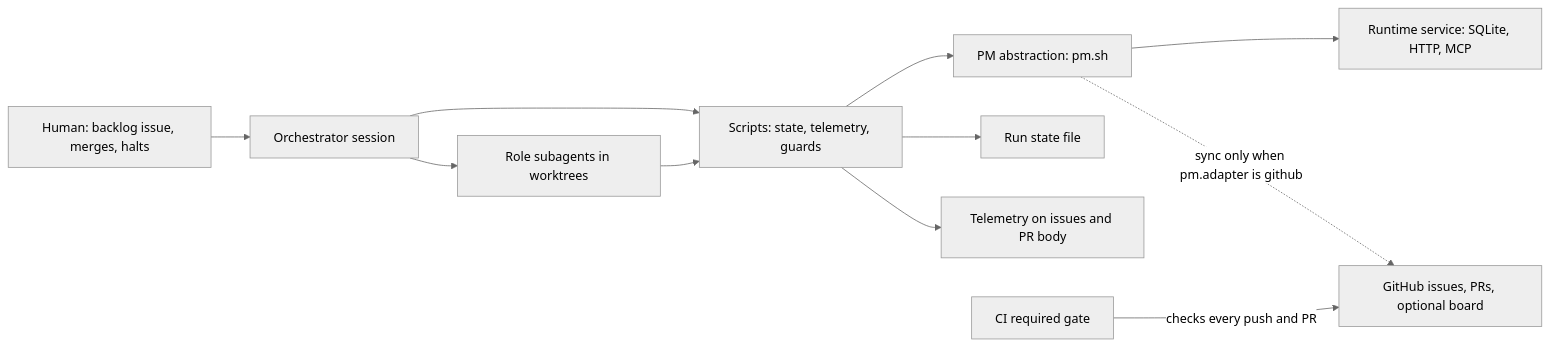
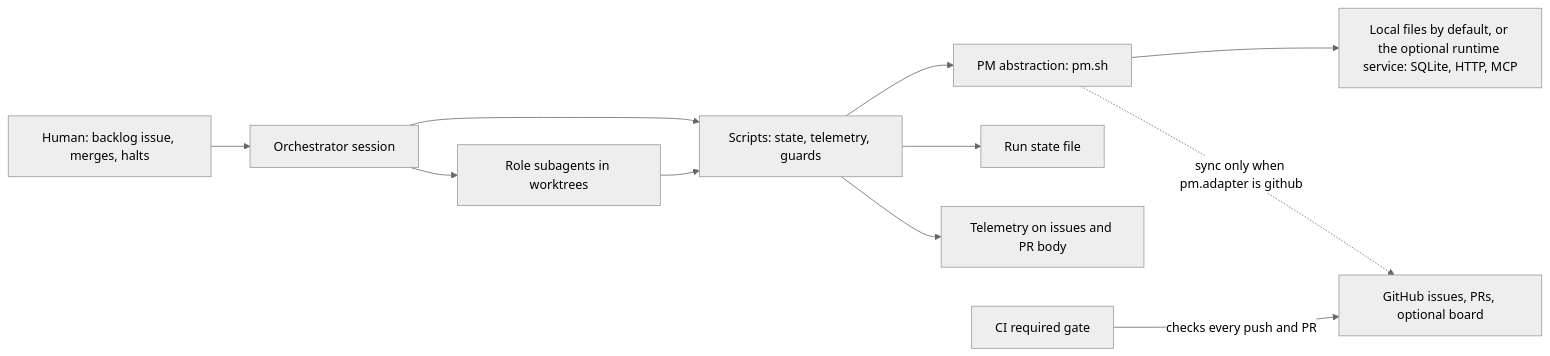
Before and after one commit to carlosboeing/agentic-sdlc-workflow: the diagram in docs/architecture.md, drawn with Mermaid (neutral theme).

Commit message:
docs(architecture): show local files as the default work-item store
The system diagram drew the runtime service as the PM abstraction's only
store, which stopped being true when the shipped config moved to the
local adapter. The node now reads "local files by default, or the
optional runtime service", and the GitHub edge already says it applies
only with pm.adapter github. Rendered with mmdc.

````diff
--- a/docs/architecture.md
+++ b/docs/architecture.md
@@ -16,13 +16,13 @@
 ```mermaid
 flowchart LR
     U["Human: backlog issue, merges, halts"] --> O["Orchestrator session"]
     O --> A["Role subagents in worktrees"]
     O --> S["Scripts: state, telemetry, guards"]
     A --> S
     S --> PM["PM abstraction: pm.sh"]
-    PM --> SV["Runtime service: SQLite, HTTP, MCP"]
+    PM --> SV["Local files by default, or the optional runtime service: SQLite, HTTP, MCP"]
     PM -.->|"sync only when pm.adapter is github"| GH["GitHub issues, PRs, optional board"]
     S --> ST["Run state file"]
     S --> T["Telemetry on issues and PR body"]
     CI["CI required gate"] -->|"checks every push and PR"| GH
 ```
````
